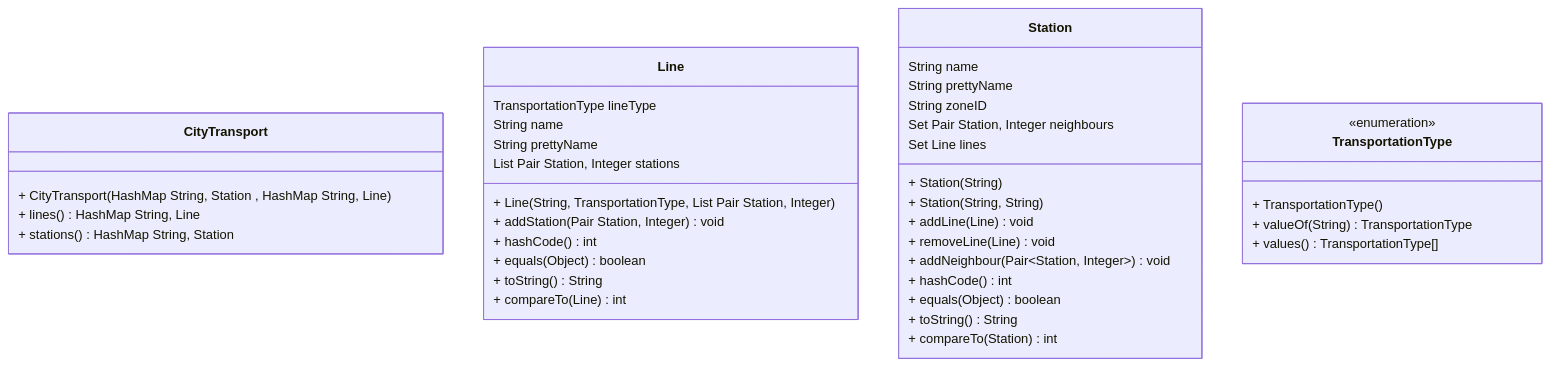
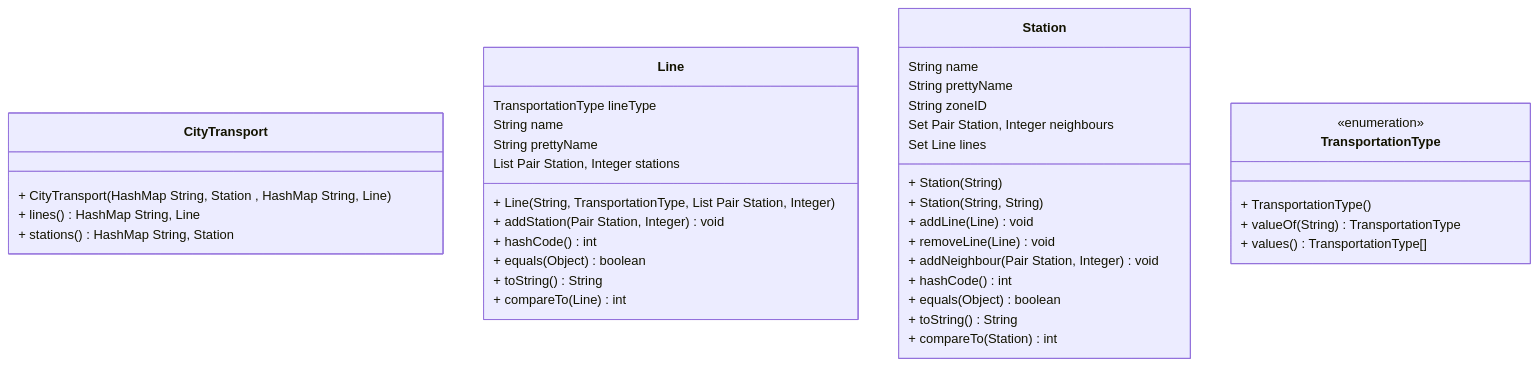
Before and after one commit to TUL2223ALG/2223alg2-semestralproject-daniel.adamek: the second of 7 diagrams in README.md, drawn with Mermaid. The commit also changed other lines of this file, not shown here.

````diff
--- a/README.md
+++ b/README.md
@@ -117,43 +117,43 @@
 ```mermaid
 classDiagram
 direction BT
 class CityTransport {
   + CityTransport(HashMap String, Station , HashMap String, Line ) 
   + lines() HashMap String, Line 
   + stations() HashMap String, Station 
 }
 class Line {
   + Line(String, TransportationType, List Pair Station, Integer)
   + addStation(Pair Station, Integer ) void 
   + hashCode() int
   + equals(Object) boolean
   + toString() String
   + compareTo(Line) int
    TransportationType lineType
    String name
    String prettyName
    List Pair Station, Integer   stations
 }
 class Station {
   + Station(String) 
   + Station(String, String) 
   + addLine(Line) void
   + removeLine(Line) void
-  + addNeighbour(Pair~Station, Integer~) void
+  + addNeighbour(Pair Station, Integer ) void
   + hashCode() int
   + equals(Object) boolean
   + toString() String
   + compareTo(Station) int
    String name
    String prettyName
    String zoneID
    Set Pair Station, Integer   neighbours
    Set Line  lines
 }
 class TransportationType {
 <<enumeration>>
   + TransportationType() 
   + valueOf(String) TransportationType
   + values() TransportationType[]
 }
 ```
````
